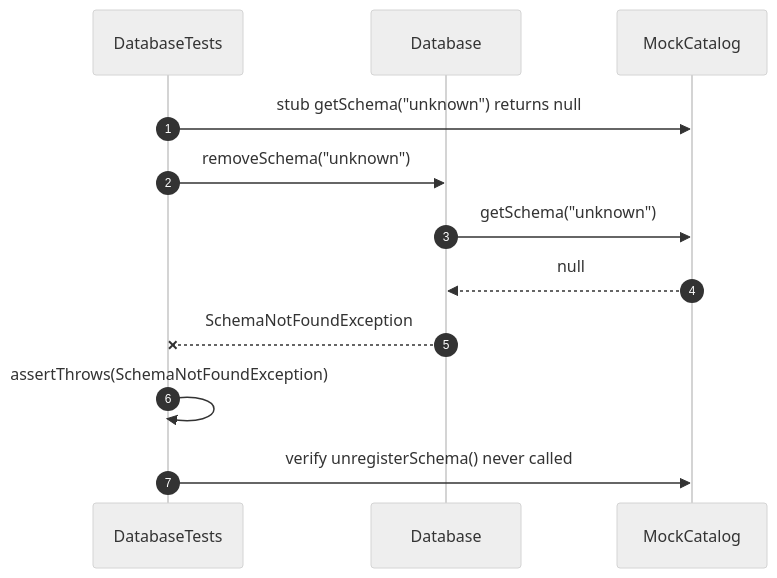
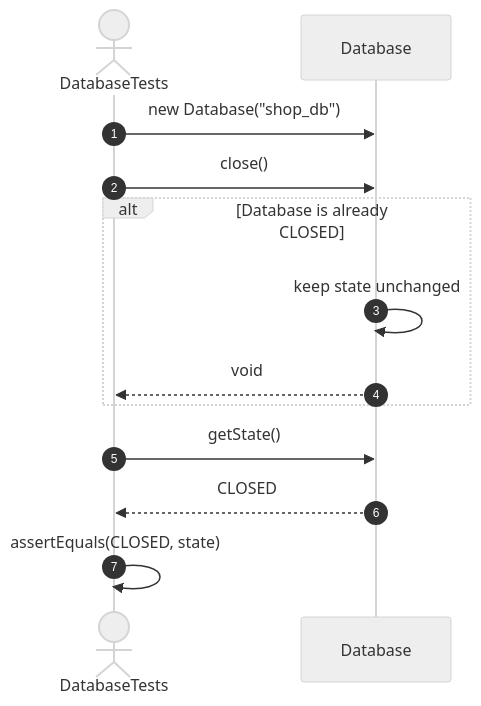
Diagram 11 of 41 in src/tests/unit/database/sequences/database-testing.se.md (FhuAnn/-bbv-AN-s-DBMS), drawn with Mermaid (neutral theme) before and after one commit. The commit also changed other lines of this file and 60 other files, not shown here.

````diff
--- a/src/tests/unit/database/sequences/database-testing.se.md
+++ b/src/tests/unit/database/sequences/database-testing.se.md
@@ -262,19 +277,21 @@
 ```mermaid
 sequenceDiagram
     autonumber
 
-    participant Test as DatabaseTests
-    participant Database
-    participant Catalog as MockCatalog
+    actor Test as DatabaseTests
+    participant DB as Database
 
-    Test->>Catalog: stub getSchema("unknown") returns null
-    Test->>Database: removeSchema("unknown")
+    Test->>DB: new Database("shop_db")
 
-    Database->>Catalog: getSchema("unknown")
-    Catalog-->>Database: null
+    Test->>DB: close()
 
-    Database--xTest: SchemaNotFoundException
+    alt Database is already CLOSED
+        DB->>DB: keep state unchanged
+        DB-->>Test: void
+    end
 
-    Test->>Test: assertThrows(SchemaNotFoundException)
-    Test->>Catalog: verify unregisterSchema() never called
+    Test->>DB: getState()
+    DB-->>Test: CLOSED
+
+    Test->>Test: assertEquals(CLOSED, state)
 ```
````
